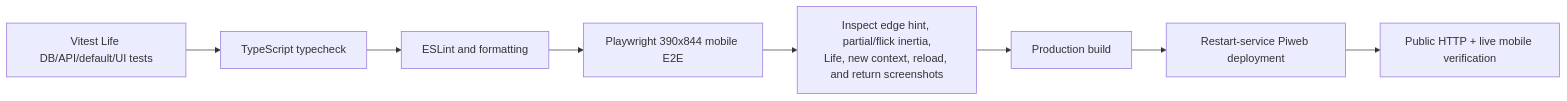
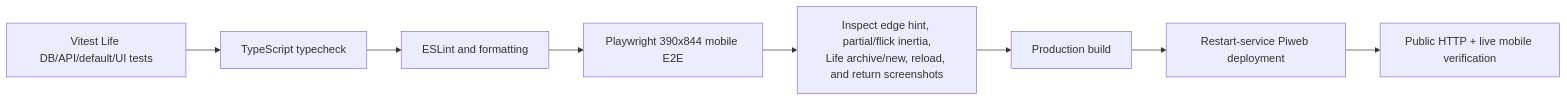
One commit to AyaSakura-comp/piweb changed the fifth of 5 diagrams in docs/life-mode.md. Above: the diagram before and after it, drawn with Mermaid. The commit also changed other lines of this file and 22 other files, not shown here.

Commit message:
[verified] Archive Life sessions when starting new

````diff
--- a/docs/life-mode.md
+++ b/docs/life-mode.md
@@ -308,10 +371,10 @@
 ```mermaid
 flowchart LR
     Unit[Vitest Life DB/API/default/UI tests] --> Types[TypeScript typecheck]
     Types --> Lint[ESLint and formatting]
     Lint --> E2E[Playwright 390x844 mobile E2E]
-    E2E --> Vision[Inspect edge hint, partial/flick inertia,<br/>Life, new context, reload, and return screenshots]
+    E2E --> Vision[Inspect edge hint, partial/flick inertia,<br/>Life archive/new, reload, and return screenshots]
     Vision --> Build[Production build]
     Build --> Deploy[Restart-service Piweb deployment]
     Deploy --> Live[Public HTTP + live mobile verification]
 ```
````
